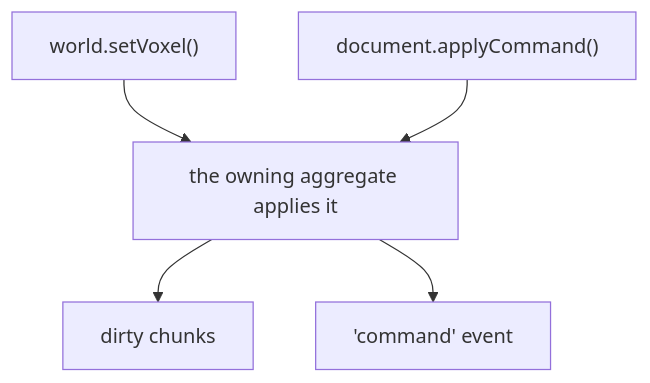
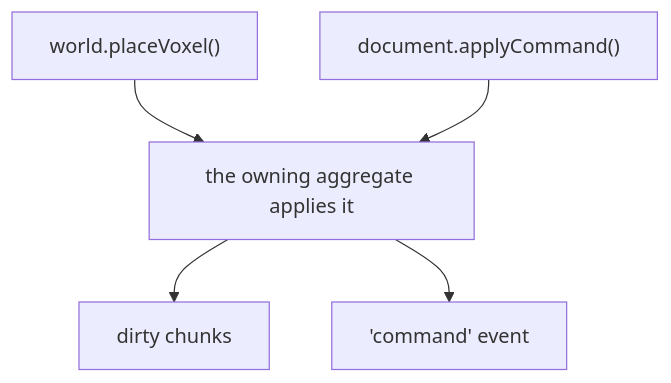
Before and after one commit to JollyPixel/editor: the third of 5 diagrams in packages/voxel-renderer/ARCHITECTURE.md, drawn with Mermaid. The commit also changed 310 other files, not shown here.

````diff
--- a/packages/voxel-renderer/ARCHITECTURE.md
+++ b/packages/voxel-renderer/ARCHITECTURE.md
@@ -42,7 +42,7 @@
 ```mermaid
 flowchart TB
-    Local["world.setVoxel()"] --> Apply["the owning aggregate applies it"]
+    Local["world.placeVoxel()"] --> Apply["the owning aggregate applies it"]
     Remote["document.applyCommand()"] --> Apply
     Apply --> Dirty["dirty chunks"]
     Apply --> Event["'command' event"]
 ```
````
